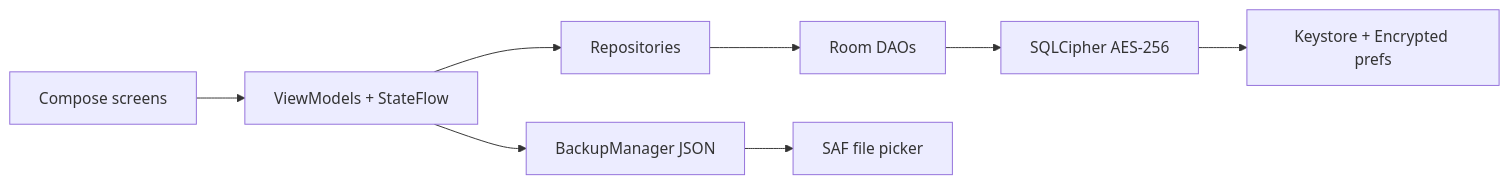
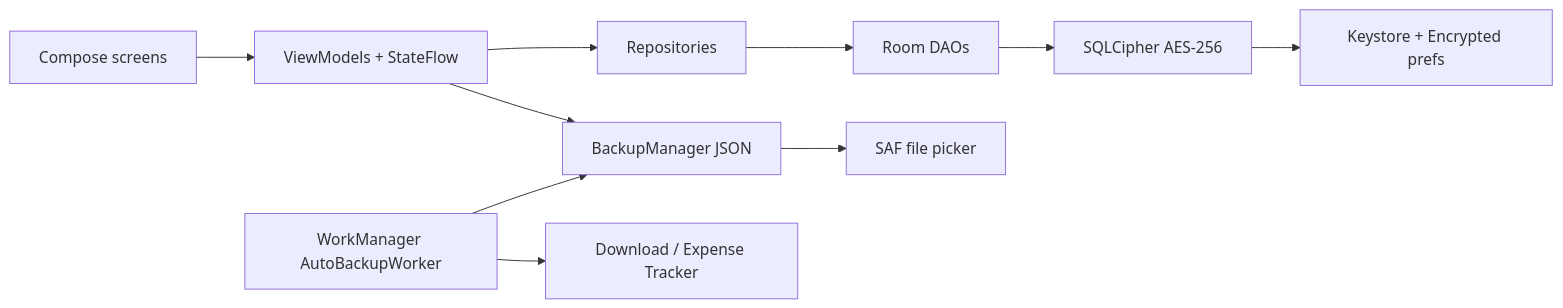
Before and after one commit to NagarShubham/expense-manager: the diagram in README.md, drawn with Mermaid. The commit also changed other lines of this file and 152 other files, not shown here.

Commit message:
Refactor: Rename app to Expense Tracker and update package name

````diff
--- a/README.md
+++ b/README.md
@@ -64,10 +74,12 @@
 ```mermaid
 flowchart LR
   UI["Compose screens"] --> VM["ViewModels + StateFlow"]
   VM --> Repo["Repositories"]
   Repo --> Room["Room DAOs"]
   Room --> SQL["SQLCipher AES-256"]
   SQL --> KS["Keystore + Encrypted prefs"]
   VM --> Backup["BackupManager JSON"]
   Backup --> SAF["SAF file picker"]
+  WM["WorkManager AutoBackupWorker"] --> Backup
+  WM --> Files["Download / Expense Tracker"]
 ```
````
